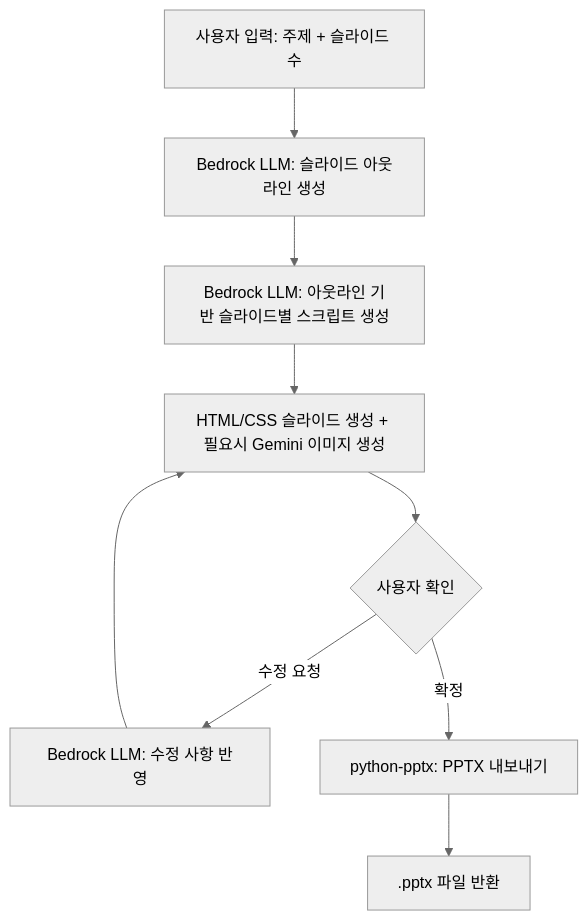
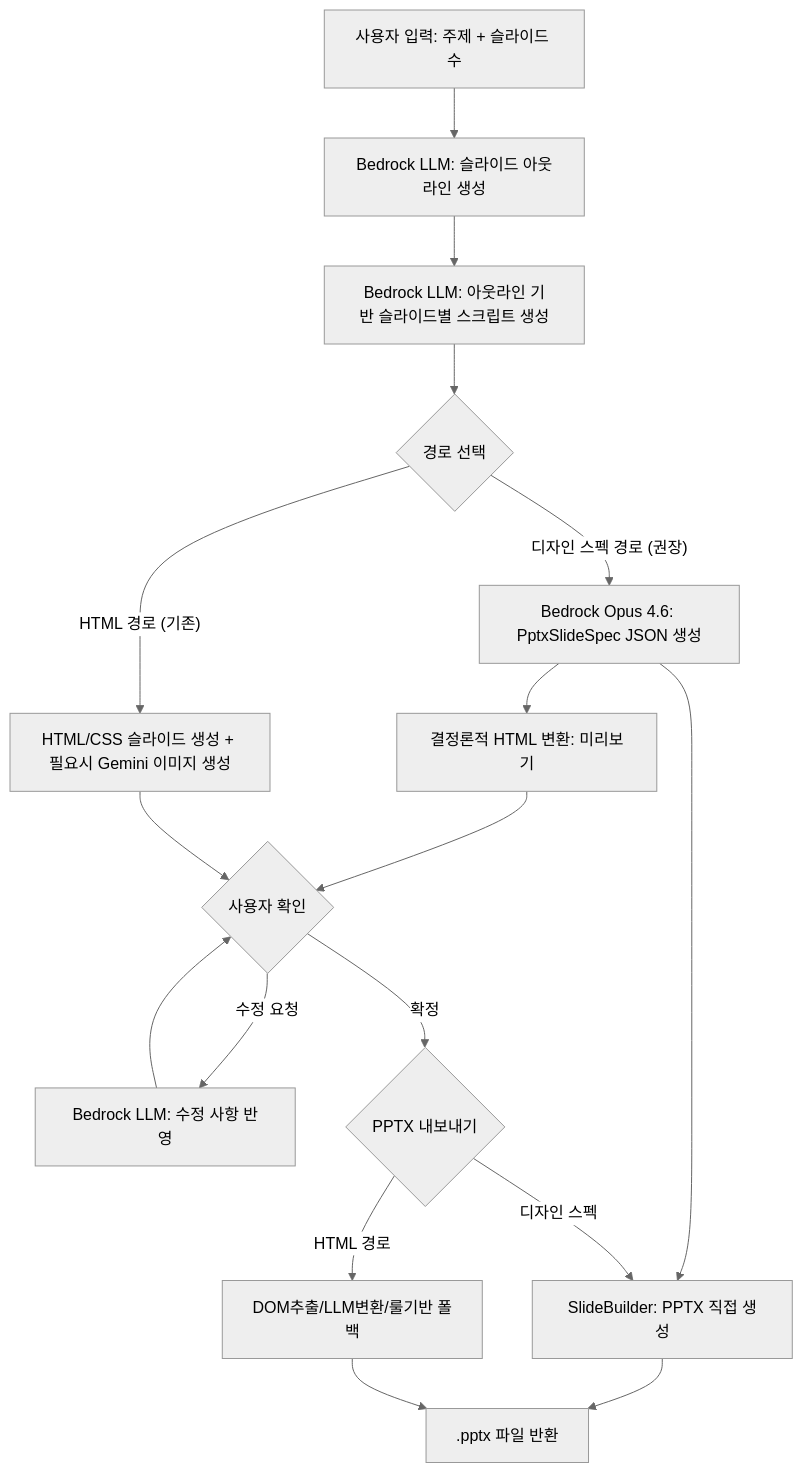
Before and after one commit to haandol/ppt-generator: the second of 3 diagrams in docs/ppt-generator.alps.md, drawn with Mermaid (neutral theme). The commit also changed other lines of this file and 25 other files, not shown here.

````diff
--- a/docs/ppt-generator.alps.md
+++ b/docs/ppt-generator.alps.md
@@ -117,11 +117,19 @@
 ```mermaid
 flowchart TD
     A[사용자 입력: 주제 + 슬라이드 수] --> B[Bedrock LLM: 슬라이드 아웃라인 생성]
     B --> B1[Bedrock LLM: 아웃라인 기반 슬라이드별 스크립트 생성]
-    B1 --> E[HTML/CSS 슬라이드 생성 + 필요시 Gemini 이미지 생성]
-    E --> F{사용자 확인}
+    B1 --> DS{경로 선택}
+    DS -- "디자인 스펙 경로 (권장)" --> DS1[Bedrock Opus 4.6: PptxSlideSpec JSON 생성]
+    DS1 --> DS2[결정론적 HTML 변환: 미리보기]
+    DS2 --> F{사용자 확인}
+    DS1 --> DS3[SlideBuilder: PPTX 직접 생성]
+    DS -- "HTML 경로 (기존)" --> E[HTML/CSS 슬라이드 생성 + 필요시 Gemini 이미지 생성]
+    E --> F
     F -- "수정 요청" --> G[Bedrock LLM: 수정 사항 반영]
-    G --> E
-    F -- "확정" --> H[python-pptx: PPTX 내보내기]
-    H --> I[.pptx 파일 반환]
+    G --> F
+    F -- "확정" --> H{PPTX 내보내기}
+    H -- "디자인 스펙" --> DS3
+    H -- "HTML 경로" --> H1[DOM추출/LLM변환/룰기반 폴백]
+    DS3 --> I[.pptx 파일 반환]
+    H1 --> I
 ```
````
